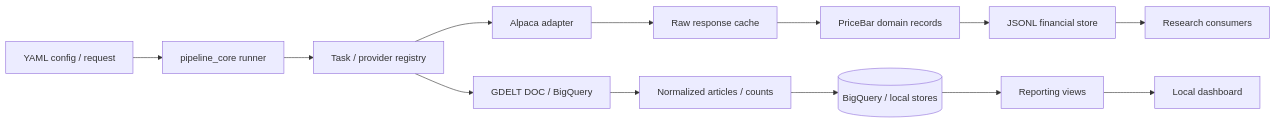
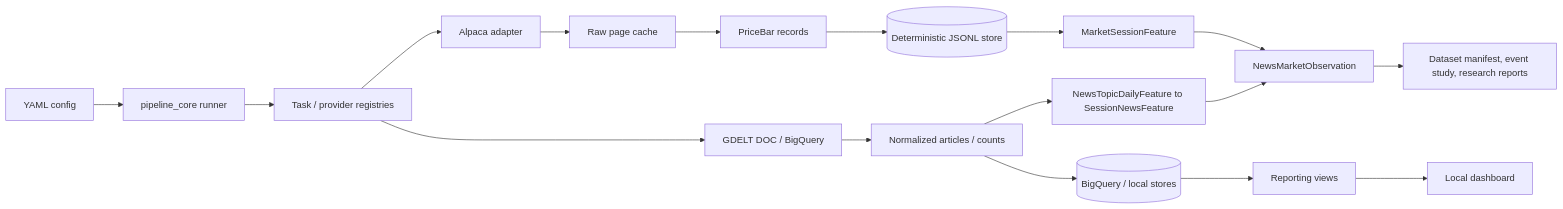
Before and after one commit to KevinXT/kinetic-trading: the diagram in README.md, drawn with Mermaid. The commit also changed other lines of this file and 2 other files, not shown here.

First line of the commit message:
docs(readme): refactor root README into a focused landing page

````diff
--- a/README.md
+++ b/README.md
@@ -23,15 +24,21 @@
 ```mermaid
 flowchart LR
-  cfg[YAML config / request] --> engine[pipeline_core runner]
-  engine --> registry[Task / provider registry]
-  registry --> alpaca[Alpaca adapter]
-  registry --> gdelt[GDELT DOC / BigQuery]
-  alpaca --> rawCache[Raw response cache]
-  rawCache --> bars[PriceBar domain records]
-  bars --> jsonl[JSONL financial store]
-  gdelt --> articles[Normalized articles / counts]
-  articles --> bq[(BigQuery / local stores)]
-  bq --> views[Reporting views]
-  views --> dash[Local dashboard]
-  jsonl --> research[Research consumers]
+  cfg[YAML config] --> runner[pipeline_core runner]
+  runner --> reg[Task / provider registries]
+
+  reg --> alpaca[Alpaca adapter]
+  alpaca --> cache[Raw page cache]
+  cache --> bars[PriceBar records]
+  bars --> store[(Deterministic JSONL store)]
+  store --> mktfeat[MarketSessionFeature]
+
+  reg --> gdelt[GDELT DOC / BigQuery]
+  gdelt --> news[Normalized articles / counts]
+  news --> bq[(BigQuery / local stores)]
+  bq --> views[Reporting views] --> dash[Local dashboard]
+  news --> newsfeat[NewsTopicDailyFeature to SessionNewsFeature]
+
+  mktfeat --> obs[NewsMarketObservation]
+  newsfeat --> obs
+  obs --> out[Dataset manifest, event study, research reports]
 ```
````
